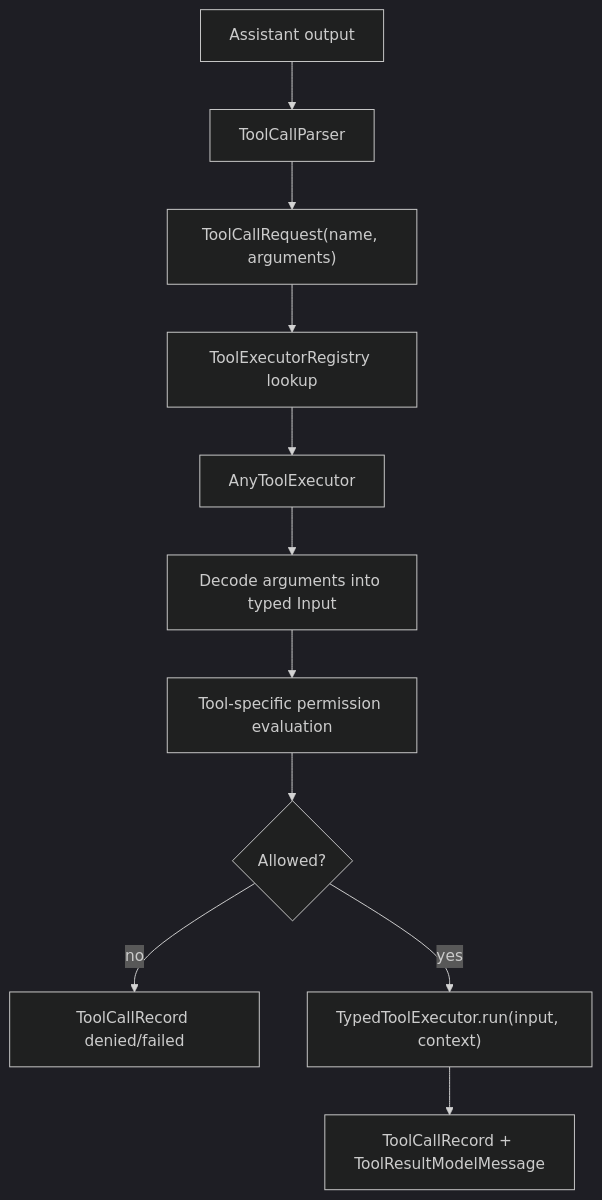
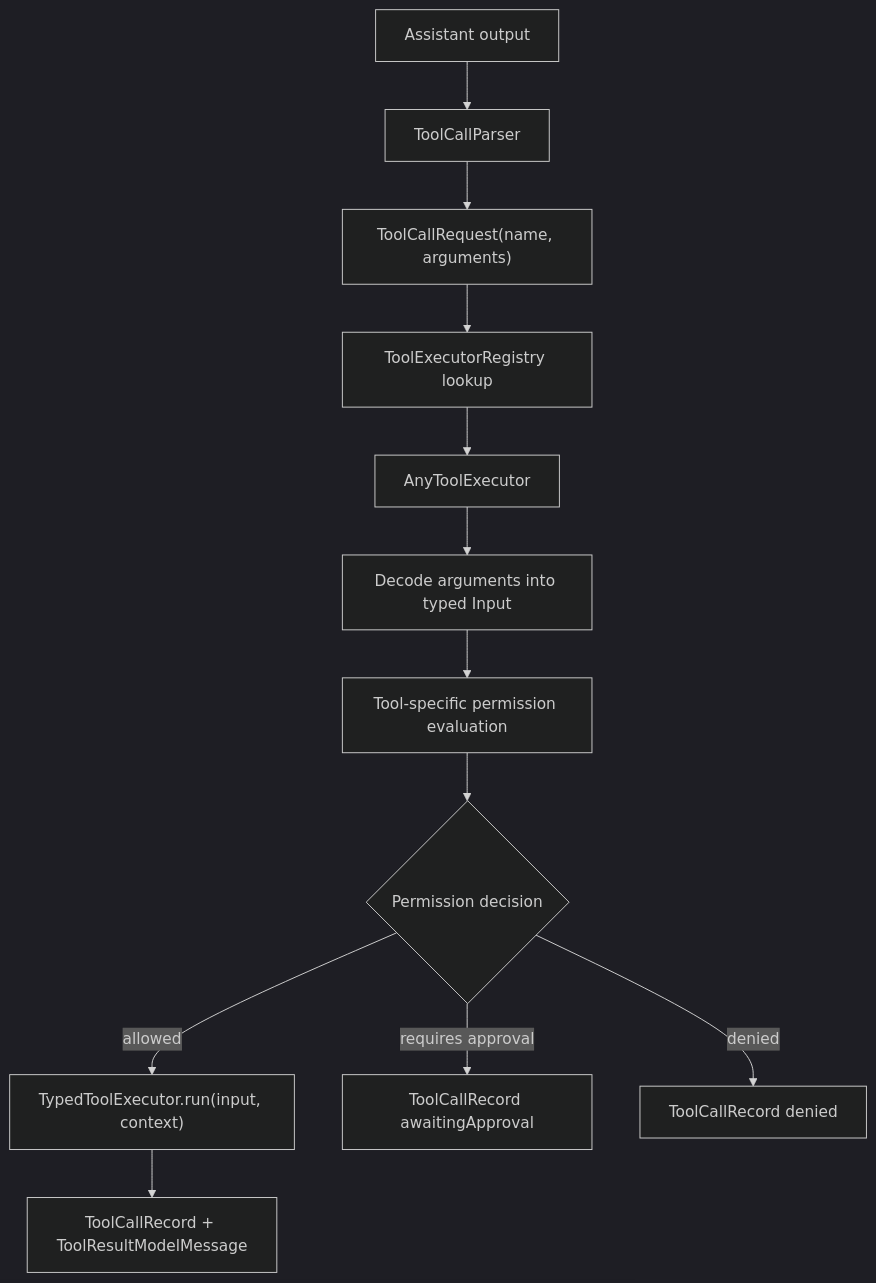
One commit to ngutech21/sumika-chat changed the diagram in docs/tool-runtime.md. Above: the diagram before and after it, drawn with Mermaid (dark theme). The commit also changed other lines of this file and 5 other files, not shown here.

Commit message:
feat: implement write file tool with approval workflow and awaiting approval state

````diff
--- a/docs/tool-runtime.md
+++ b/docs/tool-runtime.md
@@ -10,13 +10,14 @@
 ```mermaid
 flowchart TD
   A["Assistant output"] --> B["ToolCallParser"]
   B --> C["ToolCallRequest(name, arguments)"]
   C --> D["ToolExecutorRegistry lookup"]
   D --> E["AnyToolExecutor"]
   E --> F["Decode arguments into typed Input"]
   F --> G["Tool-specific permission evaluation"]
-  G --> H{"Allowed?"}
-  H -- "no" --> I["ToolCallRecord denied/failed"]
-  H -- "yes" --> J["TypedToolExecutor.run(input, context)"]
-  J --> K["ToolCallRecord + ToolResultModelMessage"]
+  G --> H{"Permission decision"}
+  H -- "allowed" --> I["TypedToolExecutor.run(input, context)"]
+  H -- "requires approval" --> J["ToolCallRecord awaitingApproval"]
+  H -- "denied" --> K["ToolCallRecord denied"]
+  I --> L["ToolCallRecord + ToolResultModelMessage"]
 ```
````
